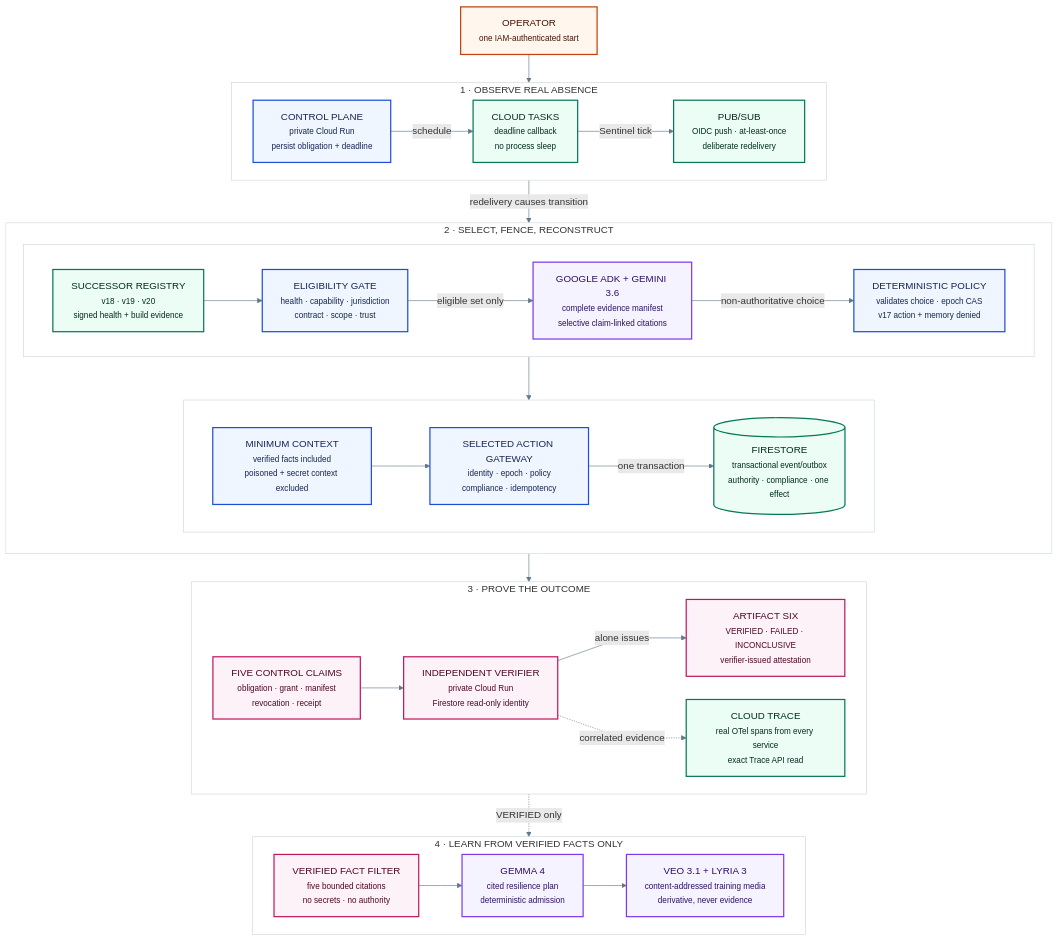
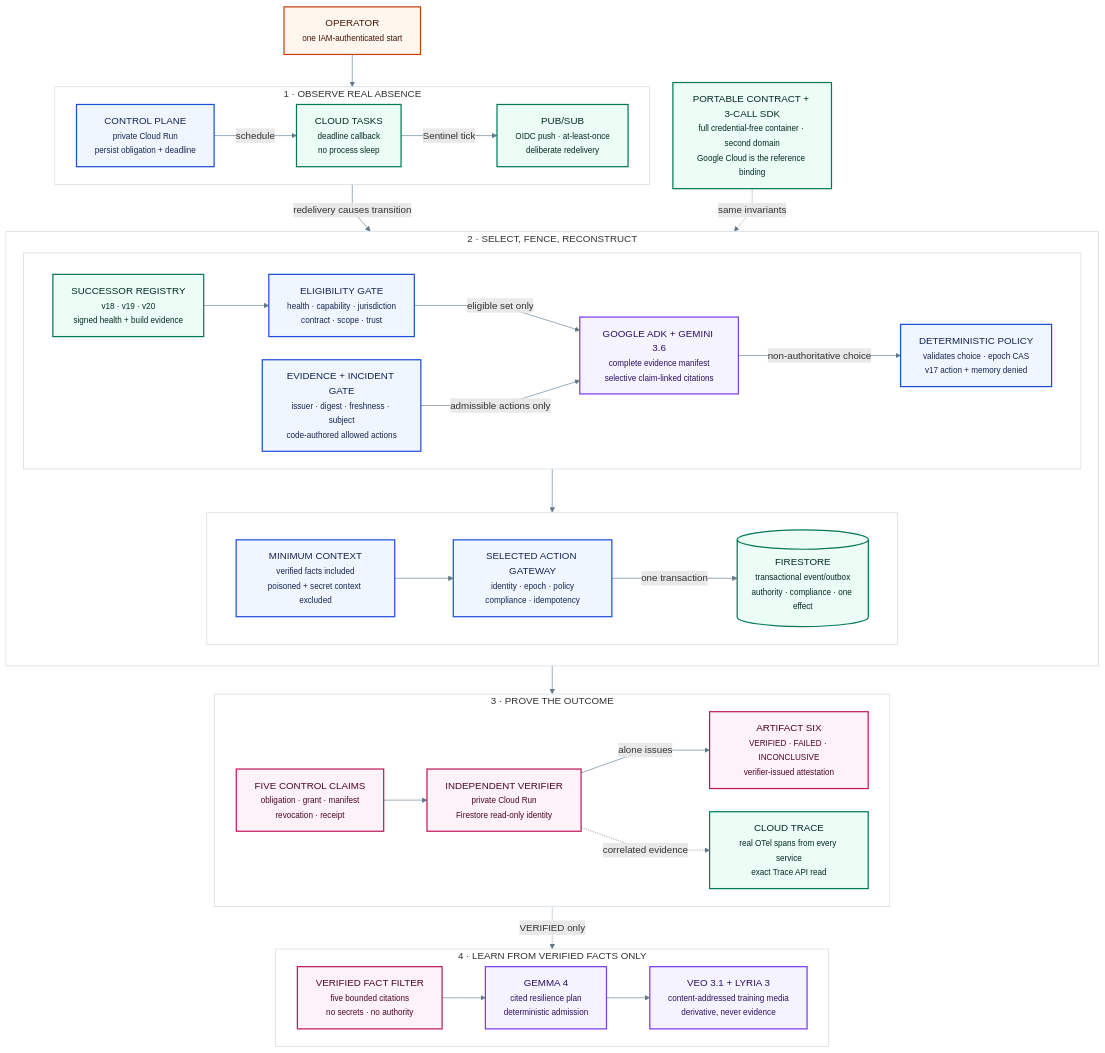
Before and after one commit to milos-plavsic/continuum: the diagram in docs/diagrams/architecture.mmd, drawn with Mermaid. The commit also changed 42 other files, not shown here.

```diff
--- a/docs/diagrams/architecture.mmd
+++ b/docs/diagrams/architecture.mmd
@@ -1,61 +1,66 @@
 %%{init:{"flowchart":{"curve":"linear","nodeSpacing":38,"rankSpacing":46},"themeVariables":{"fontFamily":"Inter,Arial,sans-serif","primaryTextColor":"#10202d","lineColor":"#60788a","clusterBkg":"#ffffff","clusterBorder":"#cbd7df"}}}%%
 flowchart TB
   classDef human fill:#fff7ed,stroke:#c2410c,color:#431407,stroke-width:2px
   classDef control fill:#eff6ff,stroke:#1d4ed8,color:#172554,stroke-width:2px
   classDef agent fill:#f5f3ff,stroke:#7c3aed,color:#2e1065,stroke-width:2px
   classDef state fill:#ecfdf5,stroke:#047857,color:#022c22,stroke-width:2px
   classDef verify fill:#fdf2f8,stroke:#be185d,color:#500724,stroke-width:2px
 
   OP["OPERATOR<br/><small>one IAM-authenticated start</small>"]:::human
 
   subgraph R1["1 · OBSERVE REAL ABSENCE"]
     direction LR
     CP["CONTROL PLANE<br/><small>private Cloud Run<br/>persist obligation + deadline</small>"]:::control
     TASK["CLOUD TASKS<br/><small>deadline callback<br/>no process sleep</small>"]:::state
     PS["PUB/SUB<br/><small>OIDC push · at-least-once<br/>deliberate redelivery</small>"]:::state
     CP -->|schedule| TASK -->|Sentinel tick| PS
   end
 
   subgraph R2["2 · SELECT, FENCE, RECONSTRUCT"]
     direction TB
     subgraph R2A[" "]
       direction LR
       REG["SUCCESSOR REGISTRY<br/><small>v18 · v19 · v20<br/>signed health + build evidence</small>"]:::state
       FILTER["ELIGIBILITY GATE<br/><small>health · capability · jurisdiction<br/>contract · scope · trust</small>"]:::control
+      EVID["EVIDENCE + INCIDENT GATE<br/><small>issuer · digest · freshness · subject<br/>code-authored allowed actions</small>"]:::control
       GEM["GOOGLE ADK + GEMINI 3.6<br/><small>complete evidence manifest<br/>selective claim-linked citations</small>"]:::agent
       POLICY["DETERMINISTIC POLICY<br/><small>validates choice · epoch CAS<br/>v17 action + memory denied</small>"]:::control
       REG --> FILTER -->|eligible set only| GEM -->|non-authoritative choice| POLICY
+      EVID -->|admissible actions only| GEM
     end
     subgraph R2B[" "]
       direction LR
       CTX["MINIMUM CONTEXT<br/><small>verified facts included<br/>poisoned + secret context excluded</small>"]:::control
       GATE["SELECTED ACTION GATEWAY<br/><small>identity · epoch · policy<br/>compliance · idempotency</small>"]:::control
       DB[("FIRESTORE<br/><small>transactional event/outbox<br/>authority · compliance · one effect</small>")]:::state
       CTX --> GATE -->|one transaction| DB
     end
     R2A --> R2B
   end
 
 
   subgraph R3["3 · PROVE THE OUTCOME"]
     direction LR
     FIVE["FIVE CONTROL CLAIMS<br/><small>obligation · grant · manifest<br/>revocation · receipt</small>"]:::verify
     IV["INDEPENDENT VERIFIER<br/><small>private Cloud Run<br/>Firestore read-only identity</small>"]:::verify
     SIX["ARTIFACT SIX<br/><small>VERIFIED · FAILED · INCONCLUSIVE<br/>verifier-issued attestation</small>"]:::verify
     TRACE["CLOUD TRACE<br/><small>real OTel spans from every service<br/>exact Trace API read</small>"]:::state
     FIVE --> IV -->|alone issues| SIX
     IV -. correlated evidence .-> TRACE
   end
 
   subgraph R4["4 · LEARN FROM VERIFIED FACTS ONLY"]
     direction LR
     VFACTS["VERIFIED FACT FILTER<br/><small>five bounded citations<br/>no secrets · no authority</small>"]:::verify
     GEMMA["GEMMA 4<br/><small>cited resilience plan<br/>deterministic admission</small>"]:::agent
     MEDIA["VEO 3.1 + LYRIA 3<br/><small>content-addressed training media<br/>derivative, never evidence</small>"]:::agent
     VFACTS --> GEMMA --> MEDIA
   end
 
   OP --> R1
   R1 -->|redelivery causes transition| R2
   R2 --> R3
   R3 -. VERIFIED only .-> R4
+
+  PORT["PORTABLE CONTRACT + 3-CALL SDK<br/><small>full credential-free container · second domain<br/>Google Cloud is the reference binding</small>"]:::state
+  PORT -. same invariants .-> R2
```
